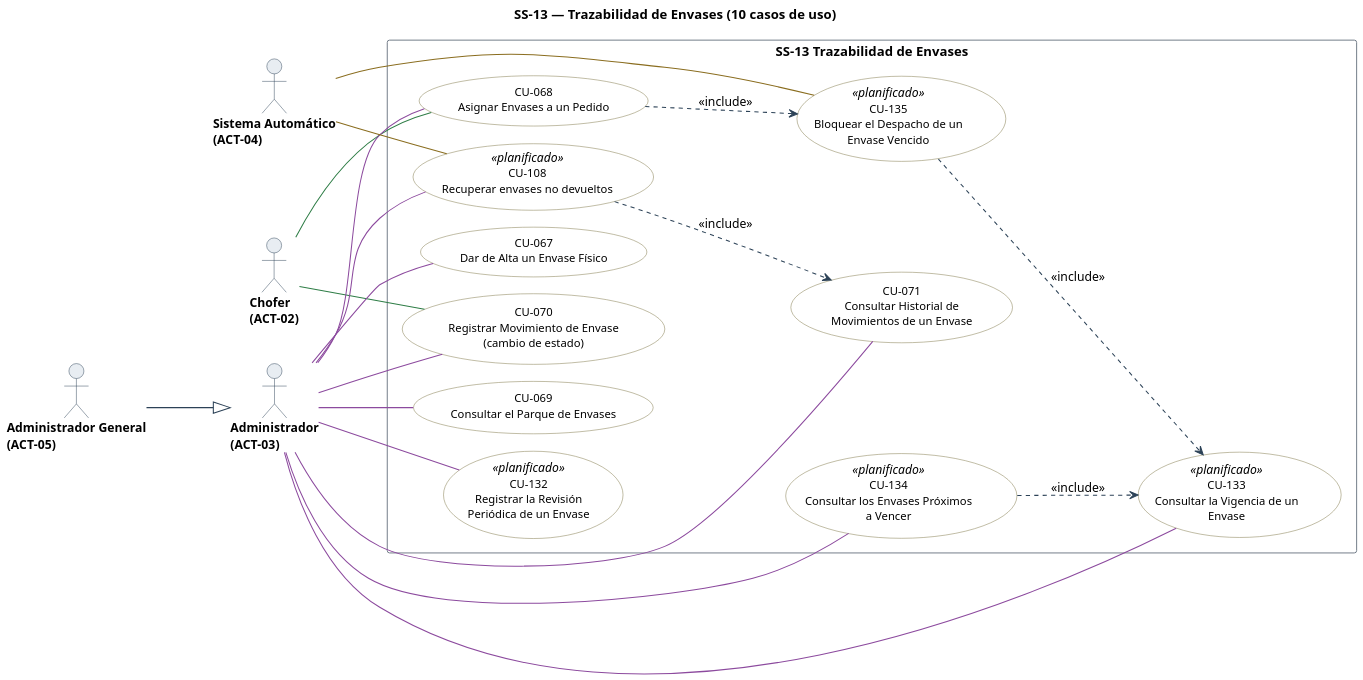
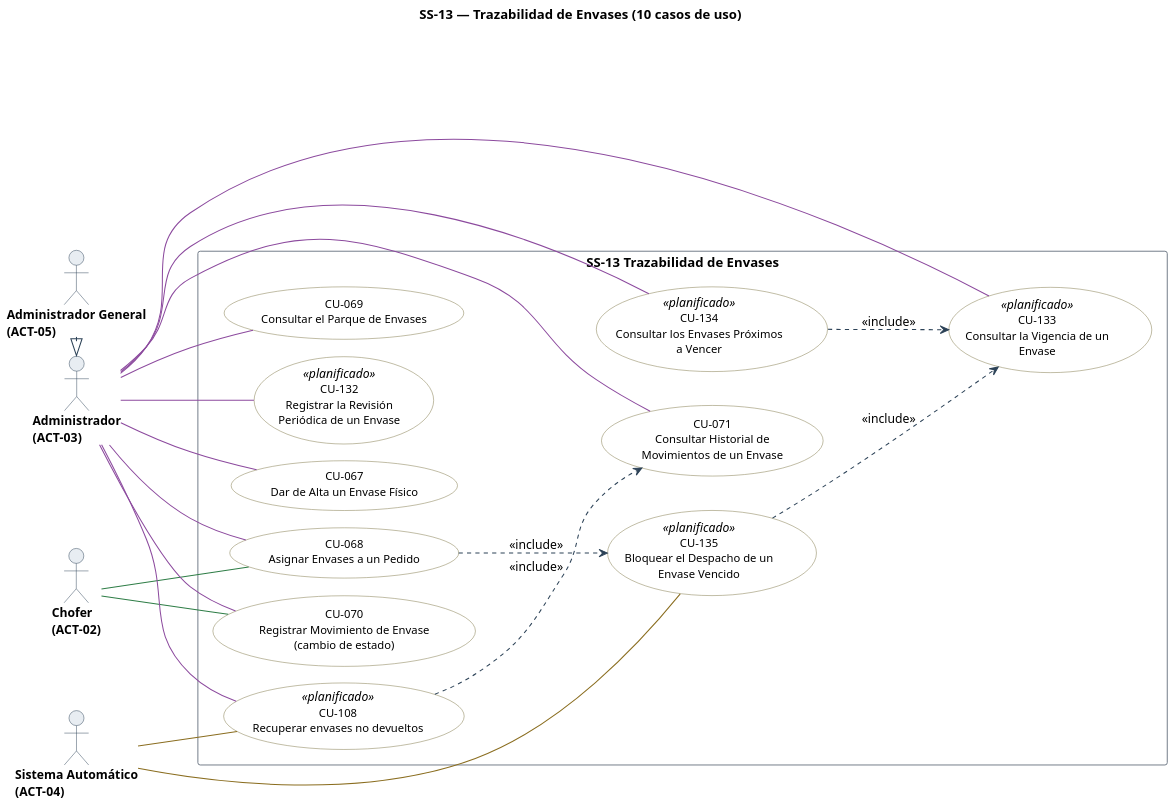
One commit to Nahuelito-Dev/splg-docs changed the diagram in diagramas/uml/CU_SS-13_Trazabilidad-De-Envases.puml. Above: the diagram before and after it, drawn with PlantUML. The commit also changed 1851 other files, not shown here.

First line of the commit message:
docs: documentación completa en notación UML, un caso de uso por operación y modelo de datos al día

```diff
--- a/diagramas/uml/CU_SS-13_Trazabilidad-De-Envases.puml
+++ b/diagramas/uml/CU_SS-13_Trazabilidad-De-Envases.puml
@@ -1,76 +1,76 @@
 @startuml
 title SS-13 — Trazabilidad de Envases (10 casos de uso)
 left to right direction
 skinparam backgroundColor #FFFFFF
 skinparam shadowing false
 skinparam defaultFontName Helvetica
 skinparam defaultFontSize 13
 skinparam dpi 150
 skinparam ArrowColor #2C4257
 skinparam ArrowThickness 1.1
 skinparam actor {
   BorderColor #2C4257
   BackgroundColor #E8EDF2
   FontSize 13
   FontStyle bold
 }
 skinparam usecase {
   BorderColor #2C4257
   BackgroundColor #FFFFFF
   FontSize 12
 }
 skinparam rectangle {
   BorderColor #6B7683
   FontSize 14
   FontStyle bold
 }
 
 skinparam nodesep 18
 skinparam ranksep 70
 skinparam usecase {
   BorderColor<<planificado>> #9C4436
   BackgroundColor<<planificado>> #F6E4E1
   BorderColor<<factorizado>> #6B7683
   BackgroundColor<<factorizado>> #F2F4F6
 }
 
 actor "Chofer\n(ACT-02)" as A02
 actor "Administrador\n(ACT-03)" as A03
 actor "Sistema Automático\n(ACT-04)" as A04
 actor "Administrador General\n(ACT-05)" as A05
 
 rectangle "SS-13 Trazabilidad de Envases" {
   usecase "CU-067\nDar de Alta un Envase Físico" as U067 #back:FFFFFF;line:7A7340
   usecase "CU-068\nAsignar Envases a un Pedido" as U068 #back:FFFFFF;line:7A7340
   usecase "CU-069\nConsultar el Parque de Envases" as U069 #back:FFFFFF;line:7A7340
   usecase "CU-070\nRegistrar Movimiento de Envase\n(cambio de estado)" as U070 #back:FFFFFF;line:7A7340
   usecase "CU-071\nConsultar Historial de\nMovimientos de un Envase" as U071 #back:FFFFFF;line:7A7340
   usecase "CU-108\nRecuperar envases no devueltos" as U108 <<planificado>> #back:FFFFFF;line:7A7340
   usecase "CU-132\nRegistrar la Revisión\nPeriódica de un Envase" as U132 <<planificado>> #back:FFFFFF;line:7A7340
   usecase "CU-133\nConsultar la Vigencia de un\nEnvase" as U133 <<planificado>> #back:FFFFFF;line:7A7340
   usecase "CU-134\nConsultar los Envases Próximos\na Vencer" as U134 <<planificado>> #back:FFFFFF;line:7A7340
   usecase "CU-135\nBloquear el Despacho de un\nEnvase Vencido" as U135 <<planificado>> #back:FFFFFF;line:7A7340
 }
 
 A02 -[#2E7D46]- U068
 A02 -[#2E7D46]- U070
 A03 -[#8C4A9E]- U067
 A03 -[#8C4A9E]- U068
 A03 -[#8C4A9E]- U069
 A03 -[#8C4A9E]- U070
 A03 -[#8C4A9E]- U071
 A03 -[#8C4A9E]- U108
 A03 -[#8C4A9E]- U132
 A03 -[#8C4A9E]- U133
 A03 -[#8C4A9E]- U134
 A04 -[#8A6D1F]- U108
 A04 -[#8A6D1F]- U135
-A05 --|> A03
+A05 -right-|> A03
 
 ' escribir sobre algo exige leerlo antes: la busqueda entra por <<include>>
 U135 ..> U133 : <<include>>
 U068 ..> U135 : <<include>>
 U134 ..> U133 : <<include>>
 U108 ..> U071 : <<include>>
 
 @enduml
```
